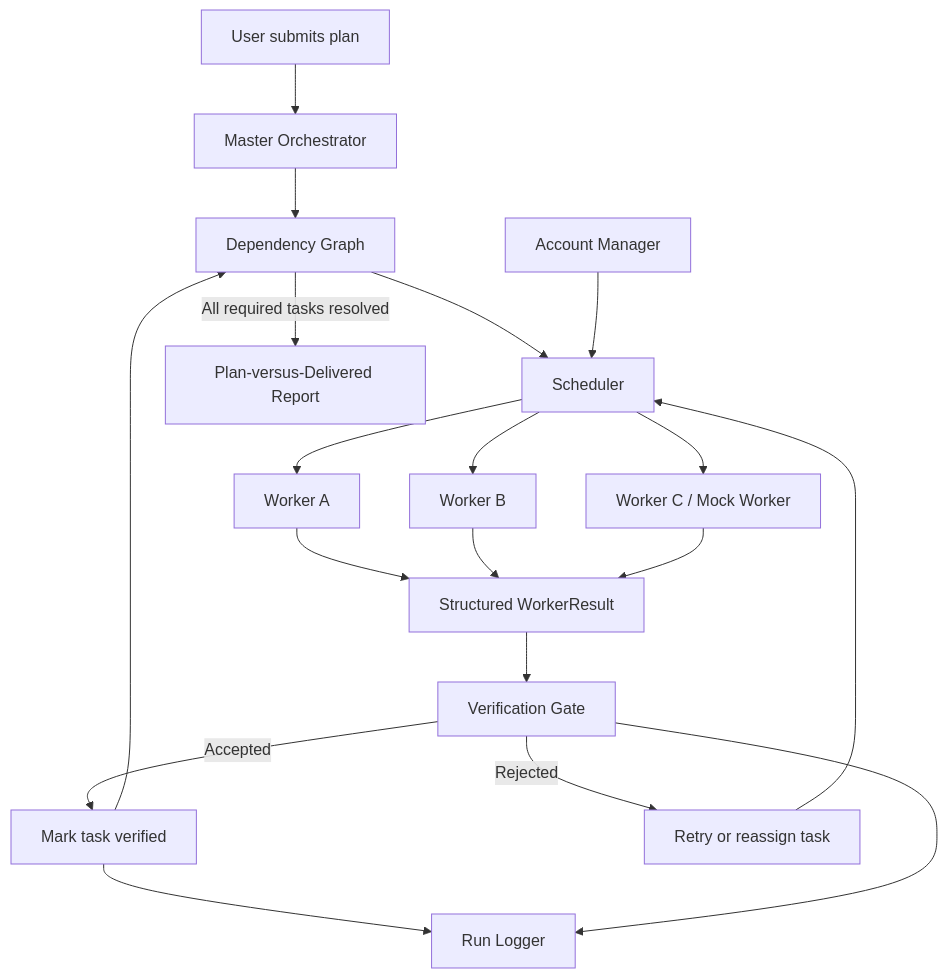
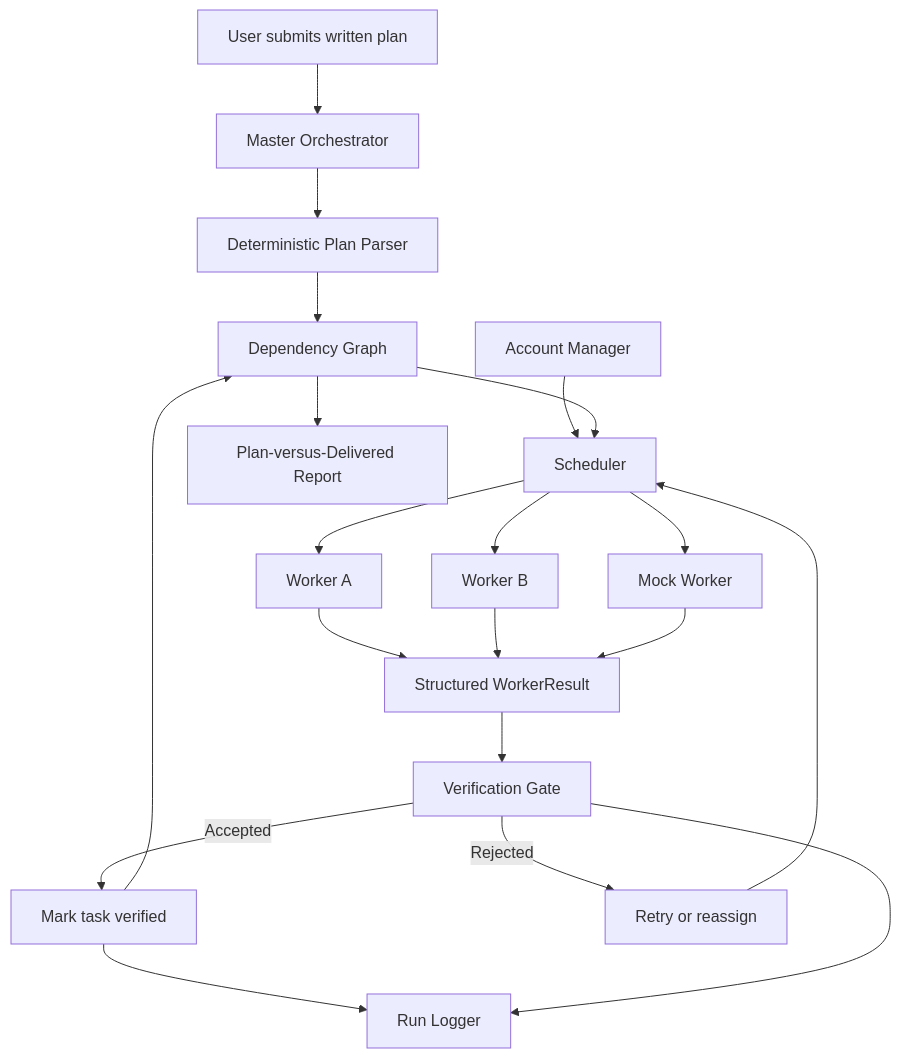
One commit to sunny-shrivas/multi-account-multi-agent-orchestrator changed the diagram in docs/architecture.md. Above: the diagram before and after it, drawn with Mermaid. The commit also changed other lines of this file, not shown here.

Commit message:
Align architecture docs with implemented plan parser

````diff
--- a/docs/architecture.md
+++ b/docs/architecture.md
@@ -11,21 +13,22 @@
 ```mermaid
 flowchart TD
-    U[User submits plan] --> M[Master Orchestrator]
-    M --> D[Dependency Graph]
-    D --> S[Scheduler]
-    A[Account Manager] --> S
+    U[User submits written plan] --> M[Master Orchestrator]
+    M --> P[Deterministic Plan Parser]
+    P --> D[Dependency Graph]
+    A[Account Manager] --> S[Scheduler]
+    D --> S
     S --> W1[Worker A]
     S --> W2[Worker B]
-    S --> W3[Worker C / Mock Worker]
+    S --> W3[Mock Worker]
     W1 --> R[Structured WorkerResult]
     W2 --> R
     W3 --> R
     R --> V[Verification Gate]
     V -->|Accepted| C[Mark task verified]
-    V -->|Rejected| F[Retry or reassign task]
+    V -->|Rejected| F[Retry or reassign]
     F --> S
     C --> D
     C --> L[Run Logger]
     V --> L
-    D -->|All required tasks resolved| P[Plan-versus-Delivered Report]
+    D --> Q[Plan-versus-Delivered Report]
 ```
````
